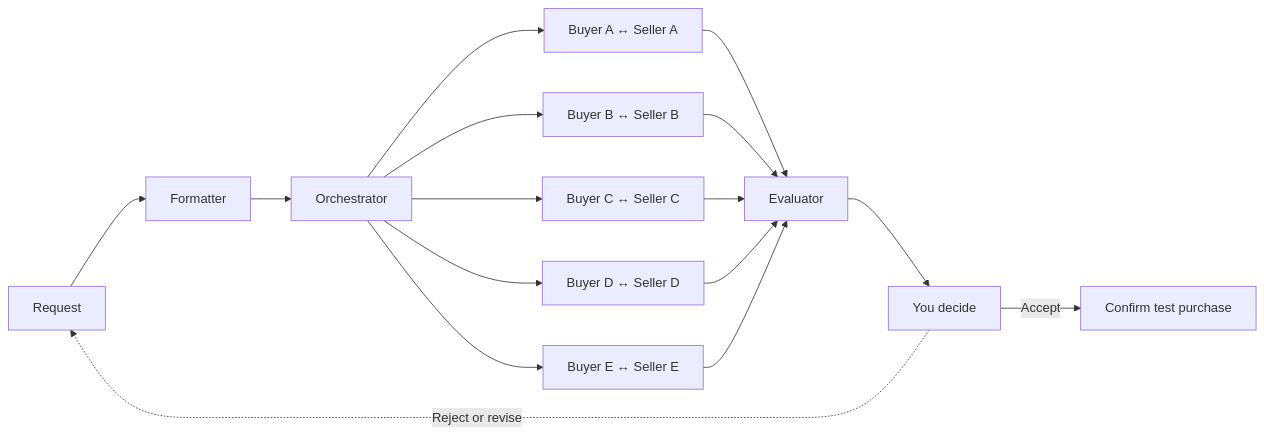
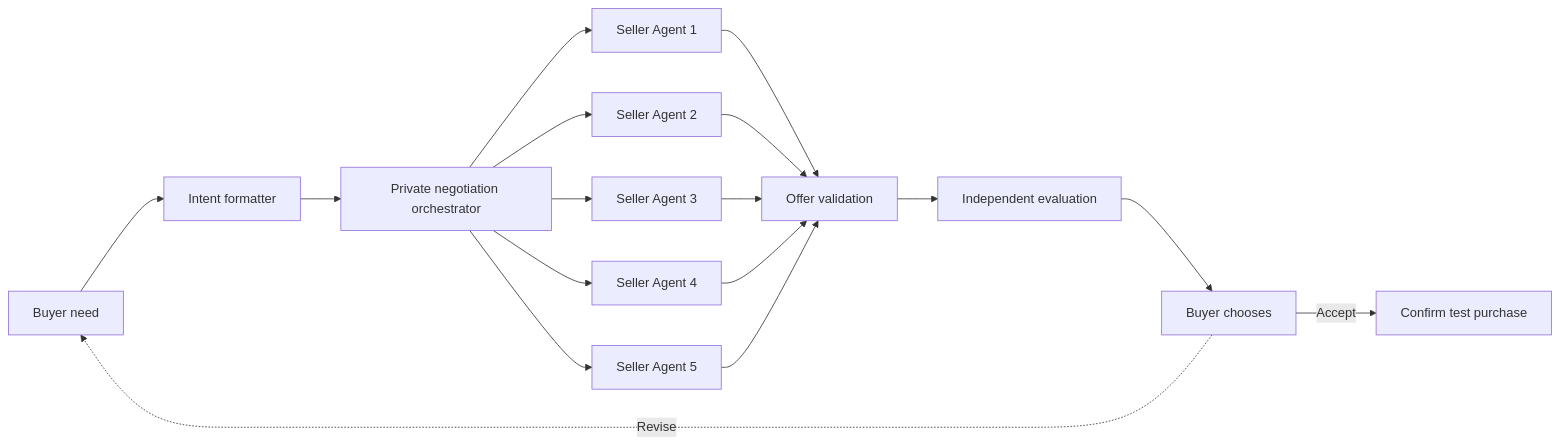
One commit to muen1019/TurnDeal changed the diagram in README.md. Above: the diagram before and after it, drawn with Mermaid. The commit also changed other lines of this file and 1 other file, not shown here.

````diff
--- a/README.md
+++ b/README.md
@@ -11,17 +32,19 @@
 ```mermaid
 flowchart LR
-    Request --> Formatter --> Orchestrator
-    Orchestrator --> A["Buyer A ↔ Seller A"]
-    Orchestrator --> B["Buyer B ↔ Seller B"]
-    Orchestrator --> C["Buyer C ↔ Seller C"]
-    Orchestrator --> D["Buyer D ↔ Seller D"]
-    Orchestrator --> E["Buyer E ↔ Seller E"]
-    A --> Evaluator
-    B --> Evaluator
-    C --> Evaluator
-    D --> Evaluator
-    E --> Evaluator
-    Evaluator --> Swipe["You decide"]
-    Swipe -->|Accept| Purchase["Confirm test purchase"]
-    Swipe -.->|Reject or revise| Request
+    Need["Buyer need"] --> Formatter["Intent formatter"]
+    Formatter --> Orchestrator["Private negotiation orchestrator"]
+    Orchestrator --> S1["Seller Agent 1"]
+    Orchestrator --> S2["Seller Agent 2"]
+    Orchestrator --> S3["Seller Agent 3"]
+    Orchestrator --> S4["Seller Agent 4"]
+    Orchestrator --> S5["Seller Agent 5"]
+    S1 --> Validator["Offer validation"]
+    S2 --> Validator
+    S3 --> Validator
+    S4 --> Validator
+    S5 --> Validator
+    Validator --> Evaluator["Independent evaluation"]
+    Evaluator --> Buyer["Buyer chooses"]
+    Buyer -->|Accept| Checkout["Confirm test purchase"]
+    Buyer -.->|Revise| Need
 ```
````
